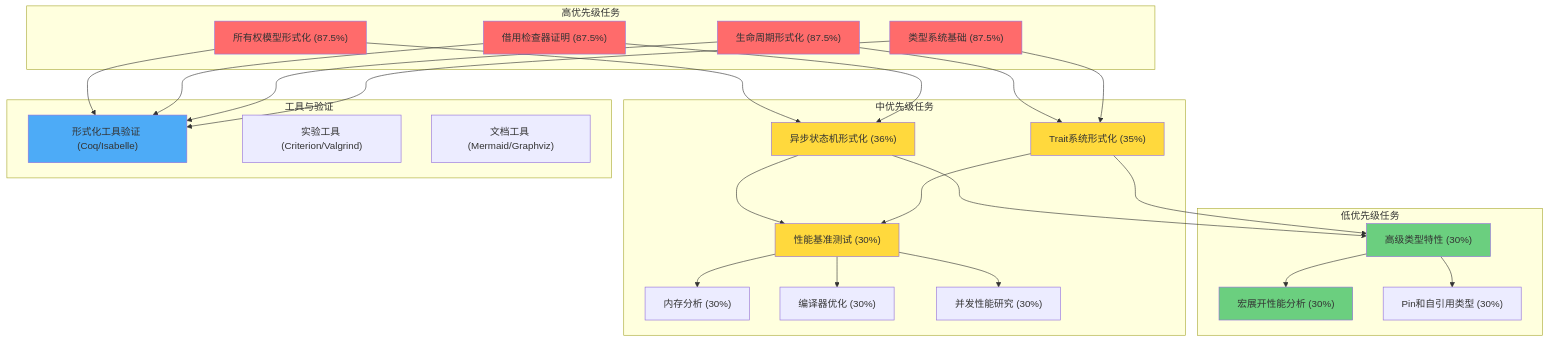
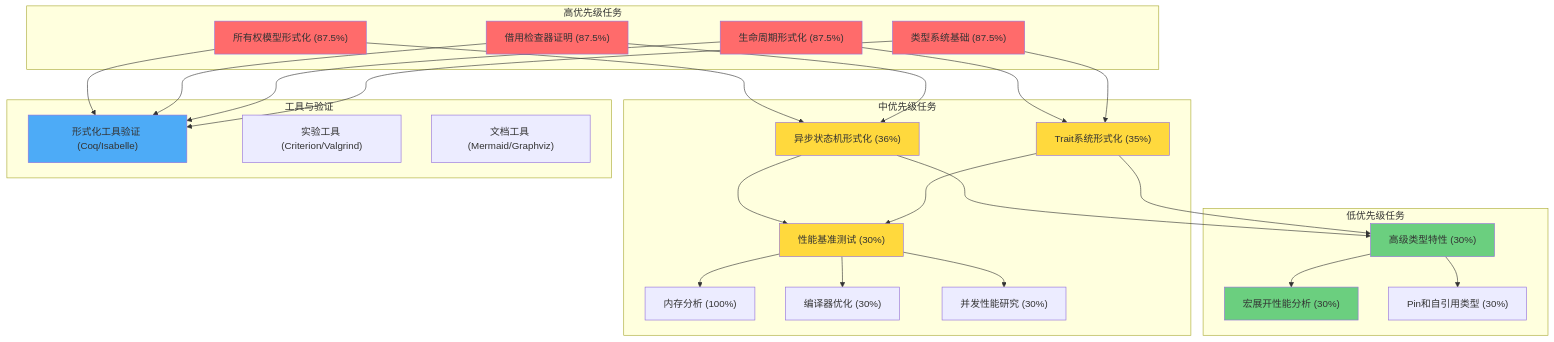
The diagram in docs/research_notes/TASK_ORCHESTRATION_AND_EXECUTION_PLAN.md (martin-ly/rust-lang), drawn with Mermaid before and after one commit. The commit also changed 313 other files, not shown here.

````diff
--- a/docs/research_notes/TASK_ORCHESTRATION_AND_EXECUTION_PLAN.md
+++ b/docs/research_notes/TASK_ORCHESTRATION_AND_EXECUTION_PLAN.md
@@ -130,62 +130,62 @@
 ```mermaid
 graph TB
     subgraph "高优先级任务"
         A1["所有权模型形式化 (87.5%)"]
         A2["借用检查器证明 (87.5%)"]
         A3["生命周期形式化 (87.5%)"]
         A4["类型系统基础 (87.5%)"]
     end
 
     subgraph "中优先级任务"
         B1["异步状态机形式化 (36%)"]
         B2["Trait系统形式化 (35%)"]
         B3["性能基准测试 (30%)"]
-        B4["内存分析 (30%)"]
+        B4["内存分析 (100%)"]
         B5["编译器优化 (30%)"]
         B6["并发性能研究 (30%)"]
     end
 
     subgraph "低优先级任务"
         C1["高级类型特性 (30%)"]
         C2["宏展开性能分析 (30%)"]
         C3["Pin和自引用类型 (30%)"]
     end
 
     subgraph "工具与验证"
         D1["形式化工具验证 (Coq/Isabelle)"]
         D2["实验工具 (Criterion/Valgrind)"]
         D3["文档工具 (Mermaid/Graphviz)"]
     end
 
     A1 --> D1
     A2 --> D1
     A3 --> D1
     A4 --> D1
 
     A1 --> B1
     A2 --> B1
     A3 --> B2
     A4 --> B2
 
     B1 --> B3
     B2 --> B3
     B3 --> B4
     B3 --> B5
     B3 --> B6
 
     B1 --> C1
     B2 --> C1
     C1 --> C2
     C1 --> C3
 
     style A1 fill:#ff6b6b
     style A2 fill:#ff6b6b
     style A3 fill:#ff6b6b
     style A4 fill:#ff6b6b
     style B1 fill:#ffd93d
     style B2 fill:#ffd93d
     style B3 fill:#ffd93d
     style C1 fill:#6bcf7f
     style C2 fill:#6bcf7f
     style D1 fill:#4dabf7
 ```
````
